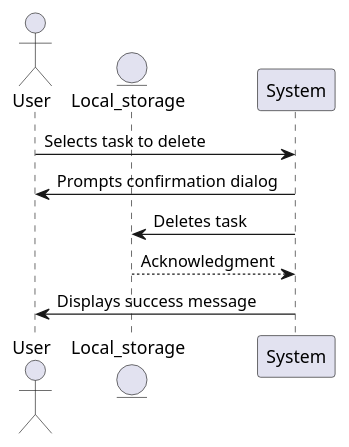
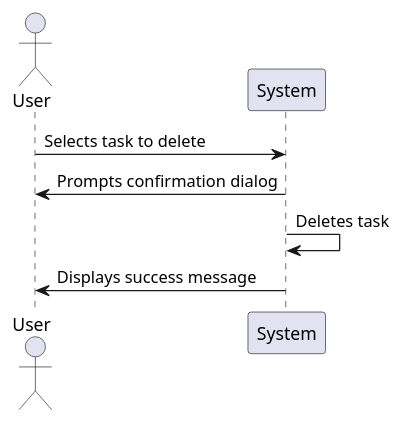
One commit to Karim-Ashraf1/Task-Management-System changed the diagram in design/sequence_diagrams/SD2.puml. Above: the diagram before and after it, drawn with PlantUML. The commit also changed 1 other file, not shown here.

Commit message:
Sequence diagram fix

```diff
--- a/design/sequence_diagrams/SD2.puml
+++ b/design/sequence_diagrams/SD2.puml
@@ -1,12 +1,10 @@
 @startuml
+
 actor User
-entity Local_storage
 
 User -> System: Selects task to delete
 System -> User: Prompts confirmation dialog
-System -> Local_storage: Deletes task
-Local_storage --> System: Acknowledgment
+System -> System: Deletes task
 System -> User: Displays success message
 
-
 @enduml
```
